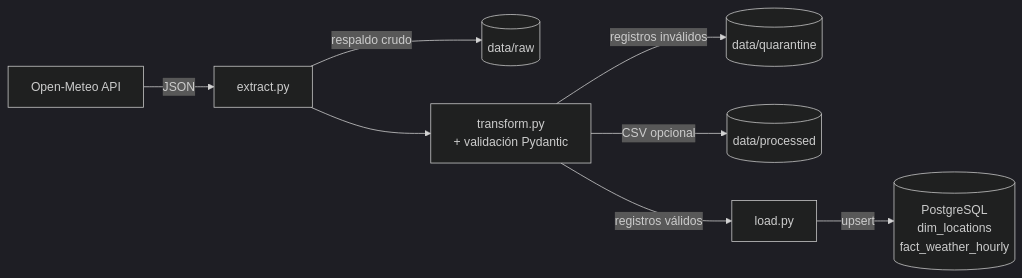
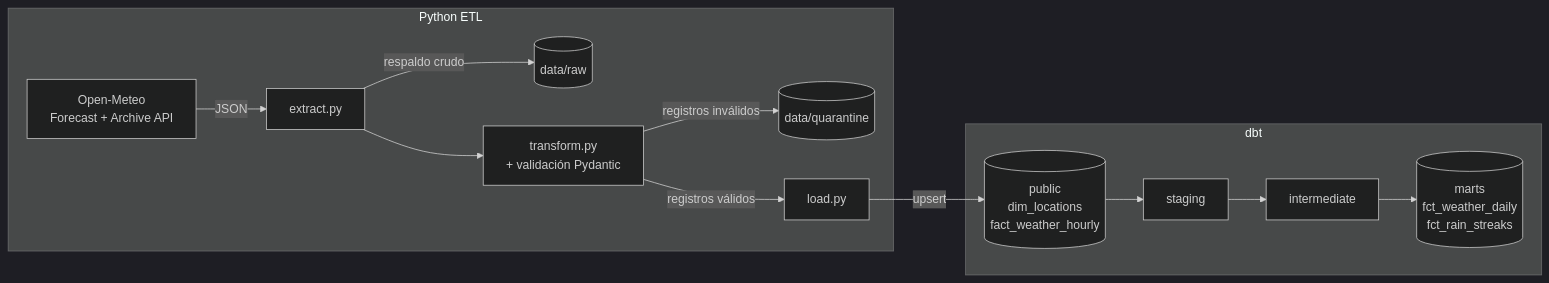
Before and after one commit to GiuliRenz/Pipeline: the diagram in README.md, drawn with Mermaid (dark theme). The commit also changed other lines of this file and 27 other files, not shown here.

````diff
--- a/README.md
+++ b/README.md
@@ -9,10 +9,14 @@
 ```mermaid
 flowchart LR
-    API[Open-Meteo API] -->|JSON| E[extract.py]
-    E -->|respaldo crudo| RAW[(data/raw)]
-    E --> T[transform.py<br/>+ validación Pydantic]
-    T -->|registros inválidos| Q[(data/quarantine)]
-    T -->|CSV opcional| P[(data/processed)]
-    T -->|registros válidos| L[load.py]
-    L -->|upsert| DB[(PostgreSQL<br/>dim_locations<br/>fact_weather_hourly)]
+    subgraph Python ETL
+        API[Open-Meteo<br/>Forecast + Archive API] -->|JSON| E[extract.py]
+        E -->|respaldo crudo| RAW[(data/raw)]
+        E --> T[transform.py<br/>+ validación Pydantic]
+        T -->|registros inválidos| Q[(data/quarantine)]
+        T -->|registros válidos| L[load.py]
+    end
+    L -->|upsert| SRC[(public<br/>dim_locations<br/>fact_weather_hourly)]
+    subgraph dbt
+        SRC --> STG[staging] --> INT[intermediate] --> MARTS[(marts<br/>fct_weather_daily<br/>fct_rain_streaks)]
+    end
 ```
````
